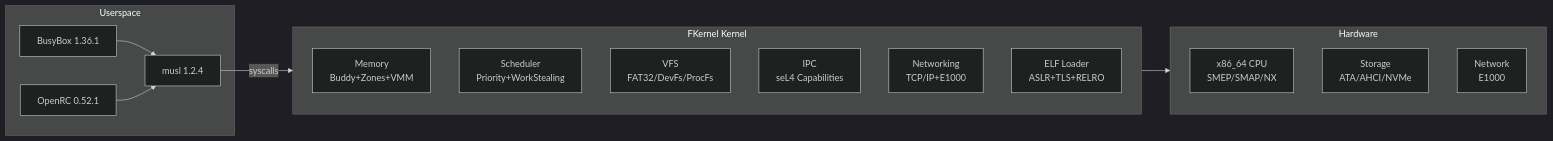
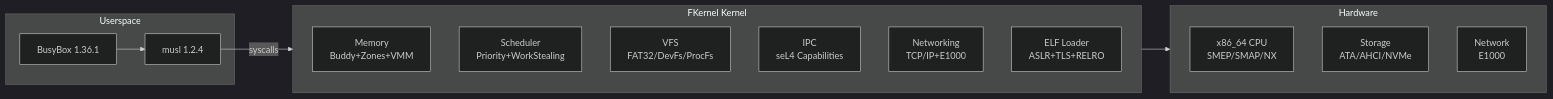
The second of 2 diagrams in Docs/Architecture/system-overview.md (KitsuneBSD/FKernel), drawn with Mermaid (dark theme) before and after one commit. The commit also changed other lines of this file and 15 other files, not shown here.

Commit message:
docs: update TODO.md and architecture documentation for session 12

````diff
--- a/Docs/Architecture/system-overview.md
+++ b/Docs/Architecture/system-overview.md
@@ -20,25 +20,23 @@
 ```mermaid
 flowchart LR
     subgraph Userspace
         BB["BusyBox 1.36.1"]
         MUSL["musl 1.2.4"]
-        ORC["OpenRC 0.52.1"]
     end
     subgraph FKernel["FKernel Kernel"]
         MEM["Memory<br/>Buddy+Zones+VMM"]
         SCHED["Scheduler<br/>Priority+WorkStealing"]
         VFS["VFS<br/>FAT32/DevFs/ProcFs"]
         IPC["IPC<br/>seL4 Capabilities"]
         NET["Networking<br/>TCP/IP+E1000"]
         ELF["ELF Loader<br/>ASLR+TLS+RELRO"]
     end
     subgraph Hardware
         CPU["x86_64 CPU<br/>SMEP/SMAP/NX"]
         DISK["Storage<br/>ATA/AHCI/NVMe"]
         NIC["Network<br/>E1000"]
     end
     BB --> MUSL
     MUSL -->|"syscalls"| FKernel
-    ORC --> MUSL
     FKernel --> Hardware
 ```
````
